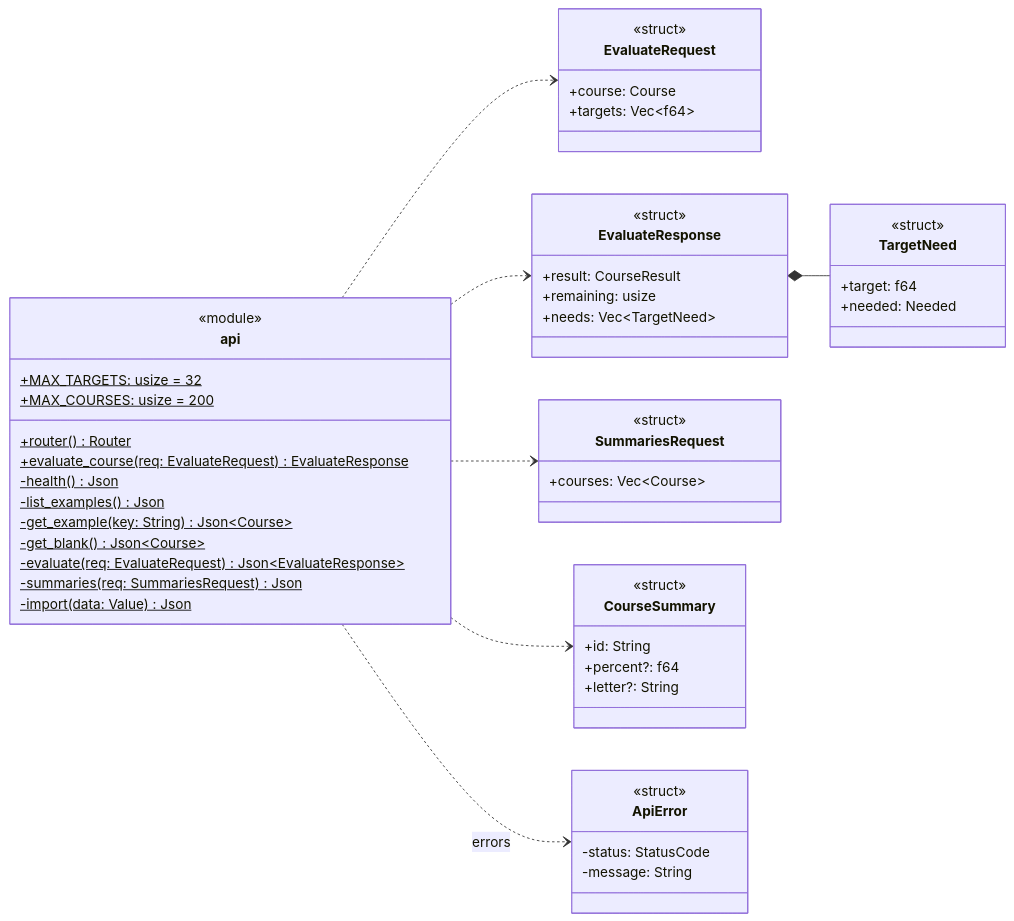
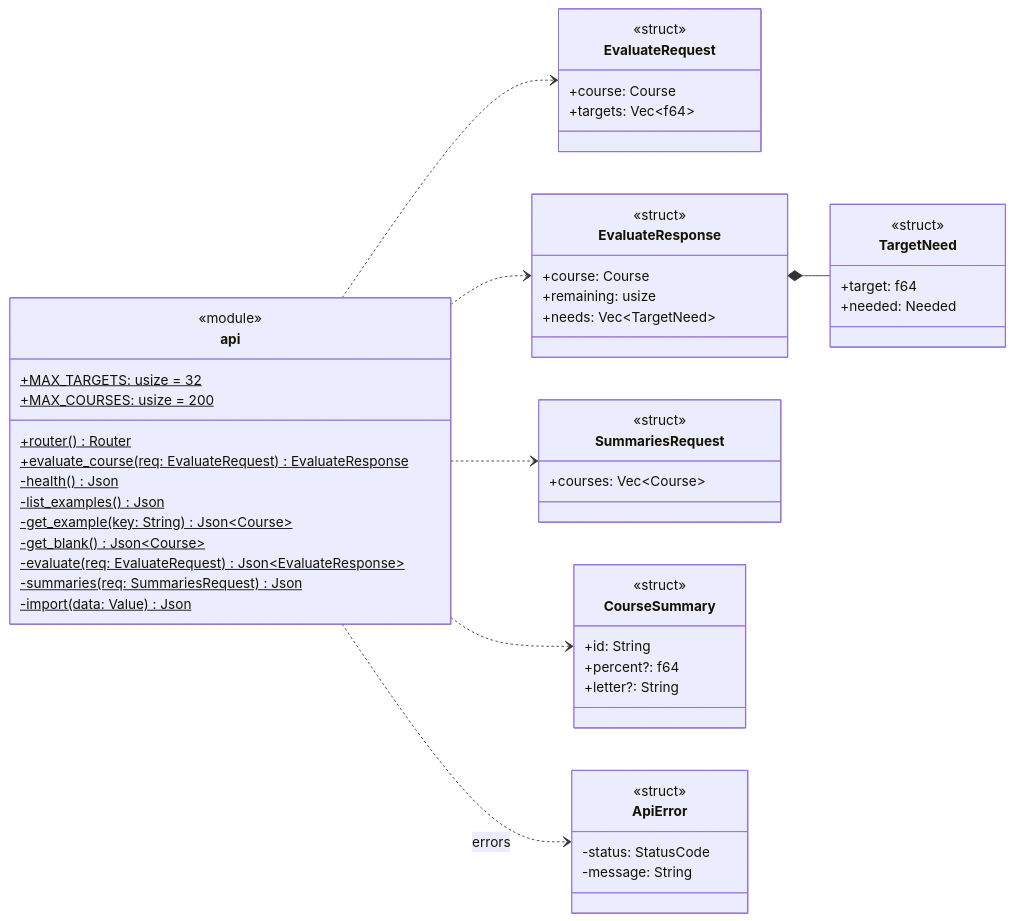
Before and after one commit to Patman1O1/grade-calculator: the sixth of 8 diagrams in docs/uml.md, drawn with Mermaid. The commit also changed other lines of this file and 11 other files, not shown here.

First line of the commit message:
Merge result types into Course, Category and Item

````diff
--- a/docs/uml.md
+++ b/docs/uml.md
@@ -257,55 +245,55 @@
 ```mermaid
 classDiagram
   direction LR
   class api {
     <<module>>
     +MAX_TARGETS: usize = 32$
     +MAX_COURSES: usize = 200$
     +router()$ Router
     +evaluate_course(req: EvaluateRequest)$ EvaluateResponse
     -health()$ Json
     -list_examples()$ Json
     -get_example(key: String)$ Json~Course~
     -get_blank()$ Json~Course~
     -evaluate(req: EvaluateRequest)$ Json~EvaluateResponse~
     -summaries(req: SummariesRequest)$ Json
     -import(data: Value)$ Json
   }
   class EvaluateRequest {
     <<struct>>
     +course: Course
     +targets: Vec~f64~
   }
   class EvaluateResponse {
     <<struct>>
-    +result: CourseResult
+    +course: Course
     +remaining: usize
     +needs: Vec~TargetNeed~
   }
   class TargetNeed {
     <<struct>>
     +target: f64
     +needed: Needed
   }
   class SummariesRequest {
     <<struct>>
     +courses: Vec~Course~
   }
   class CourseSummary {
     <<struct>>
     +id: String
     +percent?: f64
     +letter?: String
   }
   class ApiError {
     <<struct>>
     -status: StatusCode
     -message: String
   }
   api ..> EvaluateRequest
   api ..> EvaluateResponse
   EvaluateResponse *-- TargetNeed
   api ..> SummariesRequest
   api ..> CourseSummary
   api ..> ApiError : errors
 ```
````
